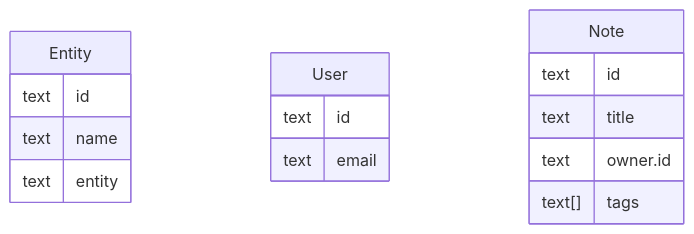
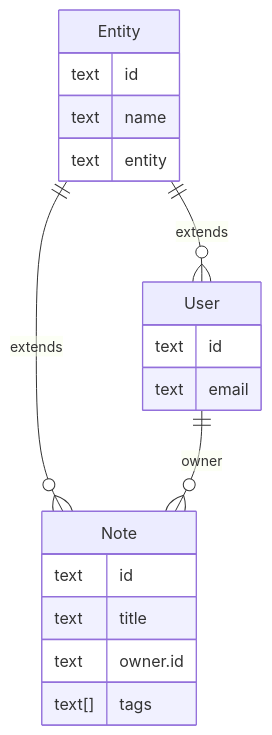
One commit to TroyAlford/basis changed the second of 2 diagrams in docs/server/authoring.mdx. Above: the diagram before and after it, drawn with Mermaid. The commit also changed other lines of this file and 2 other files, not shown here.

Commit message:
fix(server): connect generated ERD entities

````diff
--- a/docs/server/authoring.mdx
+++ b/docs/server/authoring.mdx
@@ -129,18 +137,21 @@
 ```mermaid
 erDiagram
   Entity {
     text id
     text name
     text entity
   }
   User {
     text id
     text email
   }
   Note {
     text id
     text title
     text owner.id
     text[] tags
   }
+  Entity ||--o{ User : extends
+  Entity ||--o{ Note : extends
+  User ||--o{ Note : owner
 ```
````
